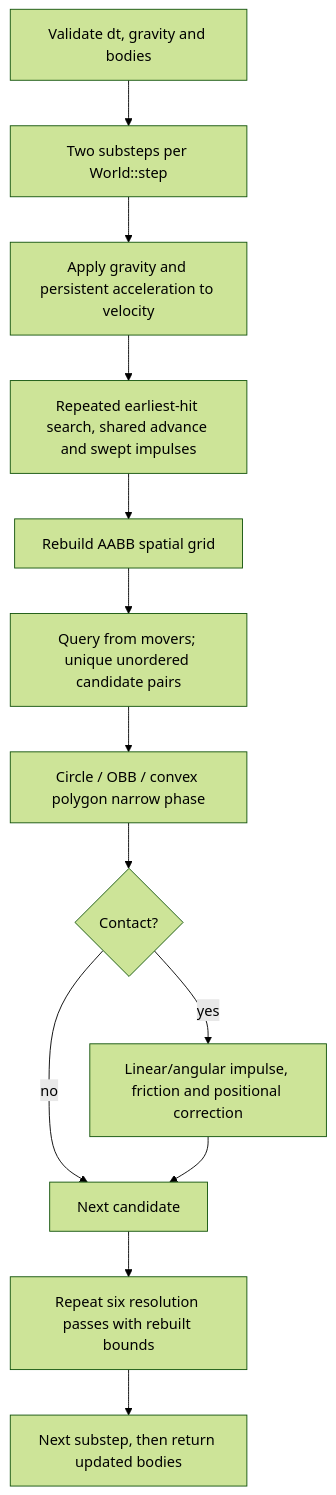
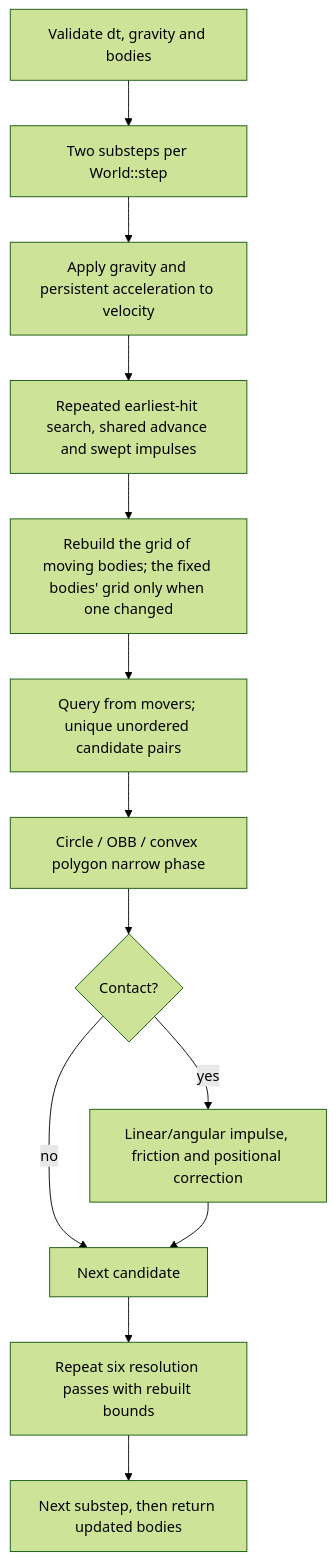
One commit to SMB-M87/Kinetra changed the diagram in docs/engine/math-physics.md. Above: the diagram before and after it, drawn with Mermaid (forest theme). The commit also changed other lines of this file and 3 other files, not shown here.

````diff
--- a/docs/engine/math-physics.md
+++ b/docs/engine/math-physics.md
@@ -36,15 +36,15 @@
 ```mermaid
 flowchart TD
     Validate[Validate dt, gravity and bodies] --> Substep[Two substeps per World::step]
     Substep --> Forces[Apply gravity and persistent acceleration to velocity]
     Forces --> Sweep[Repeated earliest-hit search, shared advance and swept impulses]
-    Sweep --> Bounds[Rebuild AABB spatial grid]
+    Sweep --> Bounds[Rebuild the grid of moving bodies; the fixed bodies' grid only when one changed]
     Bounds --> Candidates[Query from movers; unique unordered candidate pairs]
     Candidates --> Narrow[Circle / OBB / convex polygon narrow phase]
     Narrow --> Contact{Contact?}
     Contact -->|yes| Resolve[Linear/angular impulse, friction and positional correction]
     Contact -->|no| Next[Next candidate]
     Resolve --> Next
     Next --> Pass[Repeat six resolution passes with rebuilt bounds]
     Pass --> Continue[Next substep, then return updated bodies]
 ```
````
